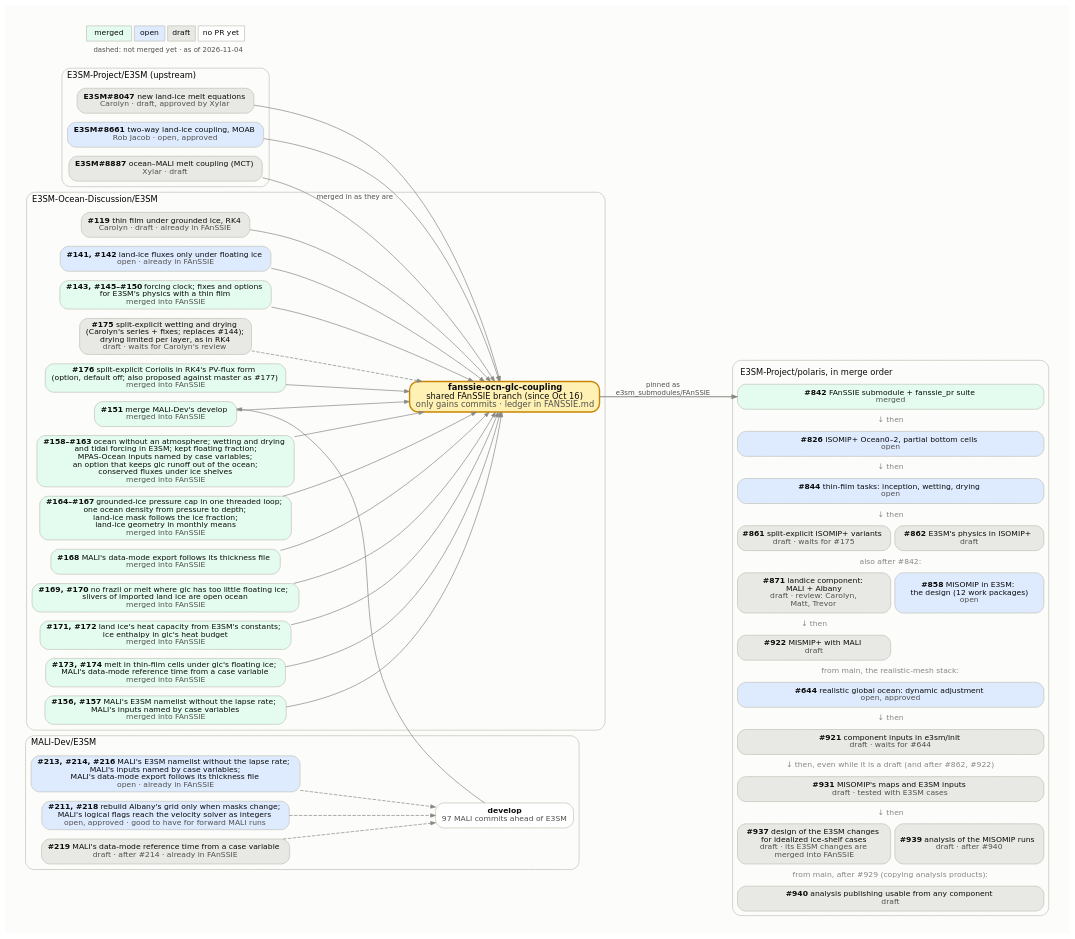
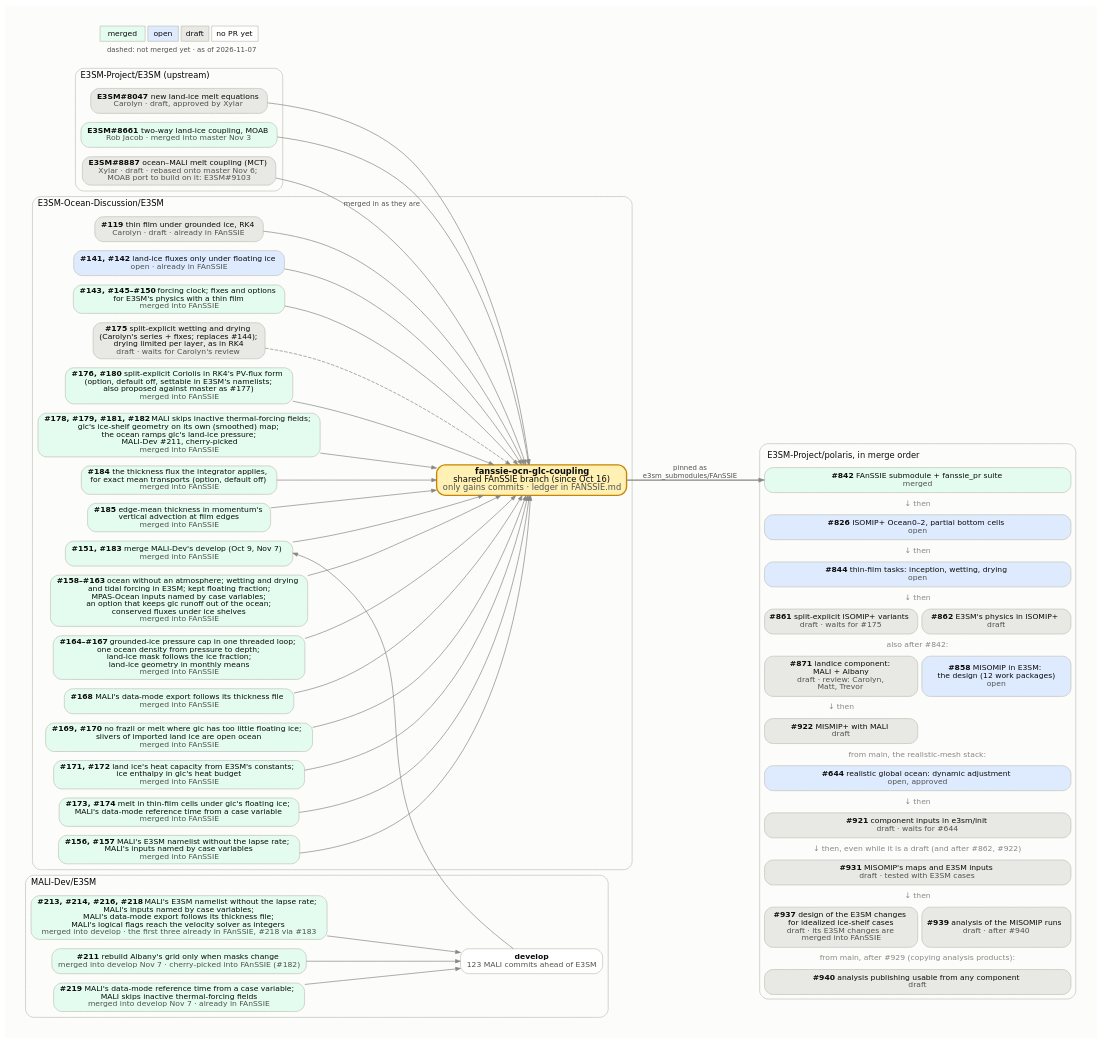
The diagram in docs/design_docs/misomip/code_flow.dot (E3SM-Project/polaris), drawn with Graphviz before and after one commit. The commit also changed 3 other files, not shown here.

```diff
--- a/docs/design_docs/misomip/code_flow.dot
+++ b/docs/design_docs/misomip/code_flow.dot
@@ -1,119 +1,125 @@
 // How the upstream E3SM PRs, the E3SM-Ocean-Discussion PRs, the
 // fanssie-ocn-glc-coupling branch and the Polaris PRs fit together.
 //
 // Regenerate with Graphviz 14 (Chrysalis's /usr/bin/dot 2.40 lays it out
 // wider), with the text drawn as paths so it looks the same everywhere:
 //
 //     pixi exec -s graphviz dot -Tsvg:cairo code_flow.dot -o code_flow.svg
 //
 // Fill by state: merged #e3fcef, open #deebff, draft #e8e8e4, no PR yet
 // #ffffff. Dashed edges into the FAnSSIE branch mark PRs not merged into it
 // yet. The Polaris side is one HTML-table node, in merge order, because
 // Graphviz would not keep separate boxes in that order. Update the date in
 // the legend.
 digraph fanssie {
   rankdir=LR;
   bgcolor="#fcfcfb";
   pad=0.3;
   nodesep=0.18;
   ranksep=0.7;
   fontname="DejaVu Sans";
   node [shape=box, style="rounded,filled", fontname="DejaVu Sans",
         fontsize=11, color="#c3c2b7", fontcolor="#0b0b0b", penwidth=1,
         margin="0.12,0.06"];
   edge [color="#898781", arrowsize=0.7, fontname="DejaVu Sans",
         fontsize=10, fontcolor="#52514e"];
 
   subgraph cluster_upstream {
     label="E3SM-Project/E3SM (upstream)";
     labeljust=l; fontsize=12; color="#c3c2b7"; style="rounded";
     e8047 [label=<<b>E3SM#8047</b>  new land-ice melt equations<br/><font color="#52514e">Carolyn · draft, approved by Xylar</font>>, fillcolor="#e8e8e4"];
-    e8661 [label=<<b>E3SM#8661</b>  two-way land-ice coupling, MOAB<br/><font color="#52514e">Rob Jacob · open, approved</font>>, fillcolor="#deebff"];
-    e8887 [label=<<b>E3SM#8887</b>  ocean–MALI melt coupling (MCT)<br/><font color="#52514e">Xylar · draft</font>>, fillcolor="#e8e8e4"];
+    e8661 [label=<<b>E3SM#8661</b>  two-way land-ice coupling, MOAB<br/><font color="#52514e">Rob Jacob · merged into master Nov 3</font>>, fillcolor="#e3fcef"];
+    e8887 [label=<<b>E3SM#8887</b>  ocean–MALI melt coupling (MCT)<br/><font color="#52514e">Xylar · draft · rebased onto master Nov 6;<br/>MOAB port to build on it: E3SM#9103</font>>, fillcolor="#e8e8e4"];
   }
 
   subgraph cluster_malidev {
     label="MALI-Dev/E3SM";
     labeljust=l; fontsize=12; color="#c3c2b7"; style="rounded";
-    malidev [label=<<b>develop</b><br/><font color="#52514e">97 MALI commits ahead of E3SM</font>>, fillcolor="#ffffff"];
-    m213 [label=<<b>#213, #214, #216</b>  MALI's E3SM namelist without the lapse rate;<br/>MALI's inputs named by case variables;<br/>MALI's data-mode export follows its thickness file<br/><font color="#52514e">open · already in FAnSSIE</font>>, fillcolor="#deebff"];
-    m211 [label=<<b>#211, #218</b>  rebuild Albany's grid only when masks change;<br/>MALI's logical flags reach the velocity solver as integers<br/><font color="#52514e">open, approved · good to have for forward MALI runs</font>>, fillcolor="#deebff"];
-    m219 [label=<<b>#219</b>  MALI's data-mode reference time from a case variable<br/><font color="#52514e">draft · after #214 · already in FAnSSIE</font>>, fillcolor="#e8e8e4"];
+    malidev [label=<<b>develop</b><br/><font color="#52514e">123 MALI commits ahead of E3SM</font>>, fillcolor="#ffffff"];
+    m213 [label=<<b>#213, #214, #216, #218</b>  MALI's E3SM namelist without the lapse rate;<br/>MALI's inputs named by case variables;<br/>MALI's data-mode export follows its thickness file;<br/>MALI's logical flags reach the velocity solver as integers<br/><font color="#52514e">merged into develop · the first three already in FAnSSIE, #218 via #183</font>>, fillcolor="#e3fcef"];
+    m211 [label=<<b>#211</b>  rebuild Albany's grid only when masks change<br/><font color="#52514e">merged into develop Nov 7 · cherry-picked into FAnSSIE (#182)</font>>, fillcolor="#e3fcef"];
+    m219 [label=<<b>#219</b>  MALI's data-mode reference time from a case variable;<br/>MALI skips inactive thermal-forcing fields<br/><font color="#52514e">merged into develop Nov 7 · already in FAnSSIE</font>>, fillcolor="#e3fcef"];
   }
 
   subgraph cluster_eod {
     label="E3SM-Ocean-Discussion/E3SM";
     labeljust=l; fontsize=12; color="#c3c2b7"; style="rounded";
     d119 [label=<<b>#119</b>  thin film under grounded ice, RK4<br/><font color="#52514e">Carolyn · draft · already in FAnSSIE</font>>, fillcolor="#e8e8e4"];
     d141 [label=<<b>#141, #142</b>  land-ice fluxes only under floating ice<br/><font color="#52514e">open · already in FAnSSIE</font>>, fillcolor="#deebff"];
     d143 [label=<<b>#143, #145–#150</b>  forcing clock; fixes and options<br/>for E3SM's physics with a thin film<br/><font color="#52514e">merged into FAnSSIE</font>>, fillcolor="#e3fcef"];
     d175 [label=<<b>#175</b>  split-explicit wetting and drying<br/>(Carolyn's series + fixes; replaces #144);<br/>drying limited per layer, as in RK4<br/><font color="#52514e">draft · waits for Carolyn's review</font>>, fillcolor="#e8e8e4"];
-    d176 [label=<<b>#176</b>  split-explicit Coriolis in RK4's PV-flux form<br/>(option, default off; also proposed against master as #177)<br/><font color="#52514e">merged into FAnSSIE</font>>, fillcolor="#e3fcef"];
-    d151 [label=<<b>#151</b>  merge MALI-Dev's develop<br/><font color="#52514e">merged into FAnSSIE</font>>, fillcolor="#e3fcef"];
+    d176 [label=<<b>#176, #180</b>  split-explicit Coriolis in RK4's PV-flux form<br/>(option, default off, settable in E3SM's namelists;<br/>also proposed against master as #177)<br/><font color="#52514e">merged into FAnSSIE</font>>, fillcolor="#e3fcef"];
+    d178 [label=<<b>#178, #179, #181, #182</b>  MALI skips inactive thermal-forcing fields;<br/>glc's ice-shelf geometry on its own (smoothed) map;<br/>the ocean ramps glc's land-ice pressure;<br/>MALI-Dev #211, cherry-picked<br/><font color="#52514e">merged into FAnSSIE</font>>, fillcolor="#e3fcef"];
+    d184 [label=<<b>#184</b>  the thickness flux the integrator applies,<br/>for exact mean transports (option, default off)<br/><font color="#52514e">merged into FAnSSIE</font>>, fillcolor="#e3fcef"];
+    dvadv [label=<<b>#185</b>  edge-mean thickness in momentum's<br/>vertical advection at film edges<br/><font color="#52514e">merged into FAnSSIE</font>>, fillcolor="#e3fcef"];
+    d151 [label=<<b>#151, #183</b>  merge MALI-Dev's develop (Oct 9, Nov 7)<br/><font color="#52514e">merged into FAnSSIE</font>>, fillcolor="#e3fcef"];
     d158 [label=<<b>#158–#163</b>  ocean without an atmosphere; wetting and drying<br/>and tidal forcing in E3SM; kept floating fraction;<br/>MPAS-Ocean inputs named by case variables;<br/>an option that keeps glc runoff out of the ocean;<br/>conserved fluxes under ice shelves<br/><font color="#52514e">merged into FAnSSIE</font>>, fillcolor="#e3fcef"];
     d164 [label=<<b>#164–#167</b>  grounded-ice pressure cap in one threaded loop;<br/>one ocean density from pressure to depth;<br/>land-ice mask follows the ice fraction;<br/>land-ice geometry in monthly means<br/><font color="#52514e">merged into FAnSSIE</font>>, fillcolor="#e3fcef"];
     d168 [label=<<b>#168</b>  MALI's data-mode export follows its thickness file<br/><font color="#52514e">merged into FAnSSIE</font>>, fillcolor="#e3fcef"];
     d169 [label=<<b>#169, #170</b>  no frazil or melt where glc has too little floating ice;<br/>slivers of imported land ice are open ocean<br/><font color="#52514e">merged into FAnSSIE</font>>, fillcolor="#e3fcef"];
     d171 [label=<<b>#171, #172</b>  land ice's heat capacity from E3SM's constants;<br/>ice enthalpy in glc's heat budget<br/><font color="#52514e">merged into FAnSSIE</font>>, fillcolor="#e3fcef"];
     d173 [label=<<b>#173, #174</b>  melt in thin-film cells under glc's floating ice;<br/>MALI's data-mode reference time from a case variable<br/><font color="#52514e">merged into FAnSSIE</font>>, fillcolor="#e3fcef"];
     d156 [label=<<b>#156, #157</b>  MALI's E3SM namelist without the lapse rate;<br/>MALI's inputs named by case variables<br/><font color="#52514e">merged into FAnSSIE</font>>, fillcolor="#e3fcef"];
     fanssie [label=<<b>fanssie-ocn-glc-coupling</b><br/>shared FAnSSIE branch (since Oct 16)<br/><font color="#52514e">only gains commits · ledger in FANSSIE.md</font>>,
              fillcolor="#fff0b3", penwidth=2, color="#c98500", fontsize=12];
   }
 
   polaris [shape=plaintext, style="", label=<
     <table border="1" color="#c3c2b7" style="rounded" cellborder="1" cellspacing="6" cellpadding="4" bgcolor="#fcfcfb">
       <tr><td border="0" colspan="2" align="left"><font point-size="12">E3SM-Project/polaris, in merge order</font></td></tr>
       <tr><td port="p842" bgcolor="#e3fcef" colspan="2" style="rounded" cellpadding="6"><b>#842</b>  FAnSSIE submodule + fanssie_pr suite<br/><font color="#52514e">merged</font></td></tr>
       <tr><td border="0" colspan="2"><font color="#898781">↓ then</font></td></tr>
       <tr><td port="p826" bgcolor="#deebff" colspan="2" style="rounded" cellpadding="6"><b>#826</b>  ISOMIP+ Ocean0–2, partial bottom cells<br/><font color="#52514e">open</font></td></tr>
       <tr><td border="0" colspan="2"><font color="#898781">↓ then</font></td></tr>
       <tr><td port="p844" bgcolor="#deebff" colspan="2" style="rounded" cellpadding="6"><b>#844</b>  thin-film tasks: inception, wetting, drying<br/><font color="#52514e">open</font></td></tr>
       <tr><td border="0" colspan="2"><font color="#898781">↓ then</font></td></tr>
       <tr><td port="p861" bgcolor="#e8e8e4" colspan="1" style="rounded" cellpadding="6"><b>#861</b>  split-explicit ISOMIP+ variants<br/><font color="#52514e">draft · waits for #175</font></td><td port="p862" bgcolor="#e8e8e4" colspan="1" style="rounded" cellpadding="6"><b>#862</b>  E3SM's physics in ISOMIP+<br/><font color="#52514e">draft</font></td></tr>
       <tr><td border="0" colspan="2"><font color="#898781">also after #842:</font></td></tr>
       <tr><td port="p871" bgcolor="#e8e8e4" colspan="1" style="rounded" cellpadding="6"><b>#871</b>  landice component:<br/>MALI + Albany<br/><font color="#52514e">draft · review: Carolyn,<br/>Matt, Trevor</font></td><td port="p858" bgcolor="#deebff" colspan="1" style="rounded" cellpadding="6"><b>#858</b>  MISOMIP in E3SM:<br/>the design (12 work packages)<br/><font color="#52514e">open</font></td></tr>
       <tr><td border="0" colspan="1"><font color="#898781">↓ then</font></td><td border="0" colspan="1"></td></tr>
       <tr><td port="p922" bgcolor="#e8e8e4" colspan="1" style="rounded" cellpadding="6"><b>#922</b>  MISMIP+ with MALI<br/><font color="#52514e">draft</font></td><td border="0" colspan="1"></td></tr>
       <tr><td border="0" colspan="2"><font color="#898781">from main, the realistic-mesh stack:</font></td></tr>
       <tr><td port="p644" bgcolor="#deebff" colspan="2" style="rounded" cellpadding="6"><b>#644</b>  realistic global ocean: dynamic adjustment<br/><font color="#52514e">open, approved</font></td></tr>
       <tr><td border="0" colspan="2"><font color="#898781">↓ then</font></td></tr>
       <tr><td port="p921" bgcolor="#e8e8e4" colspan="2" style="rounded" cellpadding="6"><b>#921</b>  component inputs in e3sm/init<br/><font color="#52514e">draft · waits for #644</font></td></tr>
       <tr><td border="0" colspan="2"><font color="#898781">↓ then, even while it is a draft (and after #862, #922)</font></td></tr>
       <tr><td port="pwp56" bgcolor="#e8e8e4" colspan="2" style="rounded" cellpadding="6"><b>#931</b>  MISOMIP's maps and E3SM inputs<br/><font color="#52514e">draft · tested with E3SM cases</font></td></tr>
       <tr><td border="0" colspan="2"><font color="#898781">↓ then</font></td></tr>
       <tr><td port="pwp7" bgcolor="#e8e8e4" colspan="1" style="rounded" cellpadding="6"><b>#937</b>  design of the E3SM changes<br/>for idealized ice-shelf cases<br/><font color="#52514e">draft · its E3SM changes are<br/>merged into FAnSSIE</font></td><td port="pwp9" bgcolor="#e8e8e4" colspan="1" style="rounded" cellpadding="6"><b>#939</b>  analysis of the MISOMIP runs<br/><font color="#52514e">draft · after #940</font></td></tr>
       <tr><td border="0" colspan="2"><font color="#898781">from main, after #929 (copying analysis products):</font></td></tr>
       <tr><td port="p940" bgcolor="#e8e8e4" colspan="2" style="rounded" cellpadding="6"><b>#940</b>  analysis publishing usable from any component<br/><font color="#52514e">draft</font></td></tr>
     </table>>];
 
   e8047 -> fanssie;
   e8661 -> fanssie;
   e8887 -> fanssie [label="merged in as they are"];
   d119 -> fanssie;
   d141 -> fanssie;
   d143 -> fanssie;
   d175 -> fanssie [style=dashed];
-  m211 -> malidev [style=dashed];
-  m213 -> malidev [style=dashed];
-  m219 -> malidev [style=dashed];
+  m211 -> malidev;
+  m213 -> malidev;
+  m219 -> malidev;
   d156 -> fanssie;
   d158 -> fanssie;
   d164 -> fanssie;
   d168 -> fanssie;
   d169 -> fanssie;
   d171 -> fanssie;
   d173 -> fanssie;
   d176 -> fanssie;
+  d178 -> fanssie;
+  d184 -> fanssie;
+  dvadv -> fanssie;
   malidev -> d151 [constraint=false];
   d151 -> fanssie;
 
   fanssie -> polaris:p842 [label="pinned as
 e3sm_submodules/FAnSSIE", penwidth=1.5];
 
   legend [shape=plaintext, style="", label=<
     <table border="0" cellborder="1" cellspacing="4" cellpadding="4" color="#c3c2b7">
       <tr><td bgcolor="#e3fcef">merged</td><td bgcolor="#deebff">open</td><td bgcolor="#e8e8e4">draft</td><td bgcolor="#ffffff">no PR yet</td></tr>
-      <tr><td colspan="4" border="0"><font point-size="10" color="#52514e">dashed: not merged yet · as of 2026-11-04</font></td></tr>
+      <tr><td colspan="4" border="0"><font point-size="10" color="#52514e">dashed: not merged yet · as of 2026-11-07</font></td></tr>
     </table>>];
 }
```
